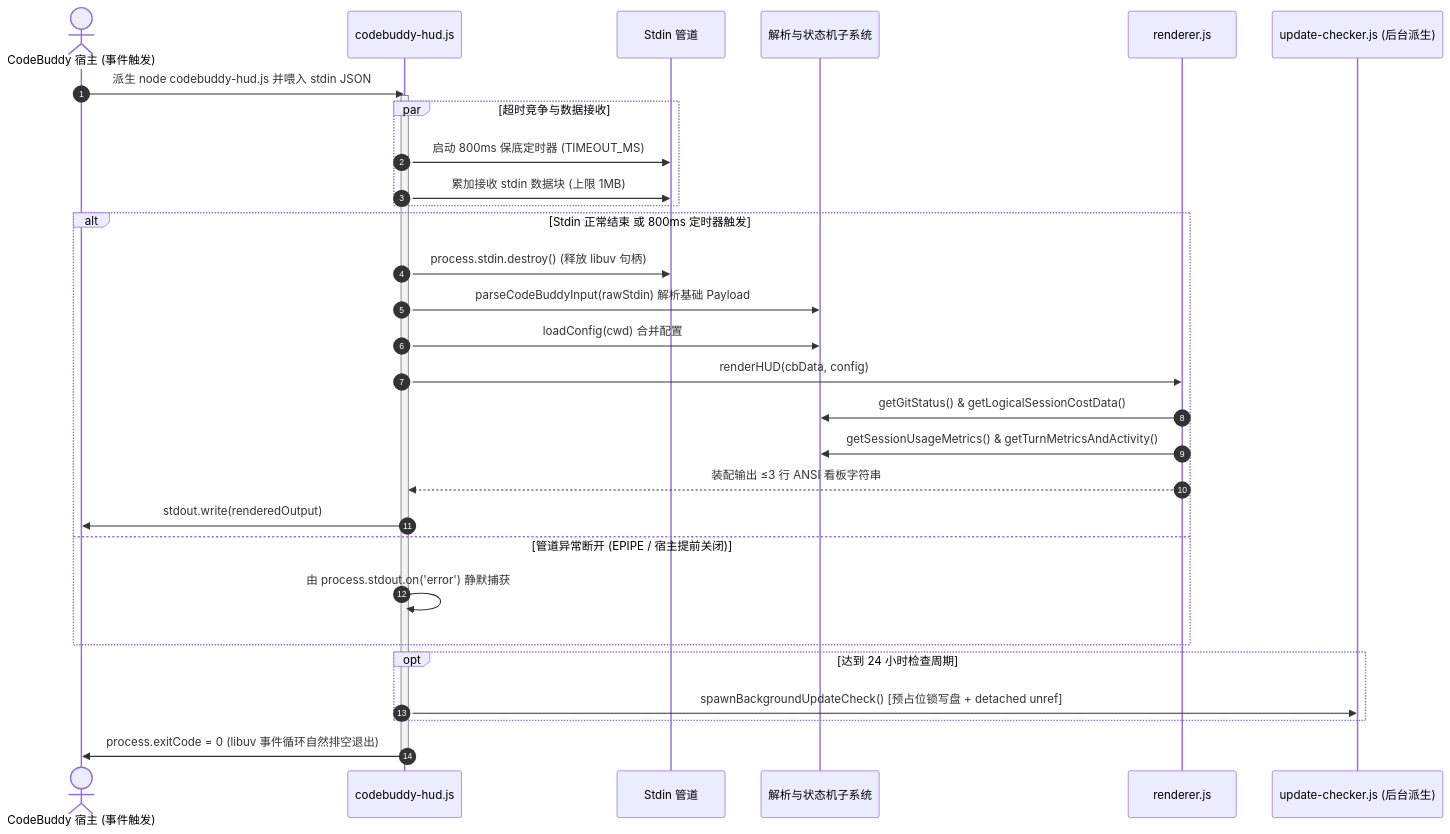
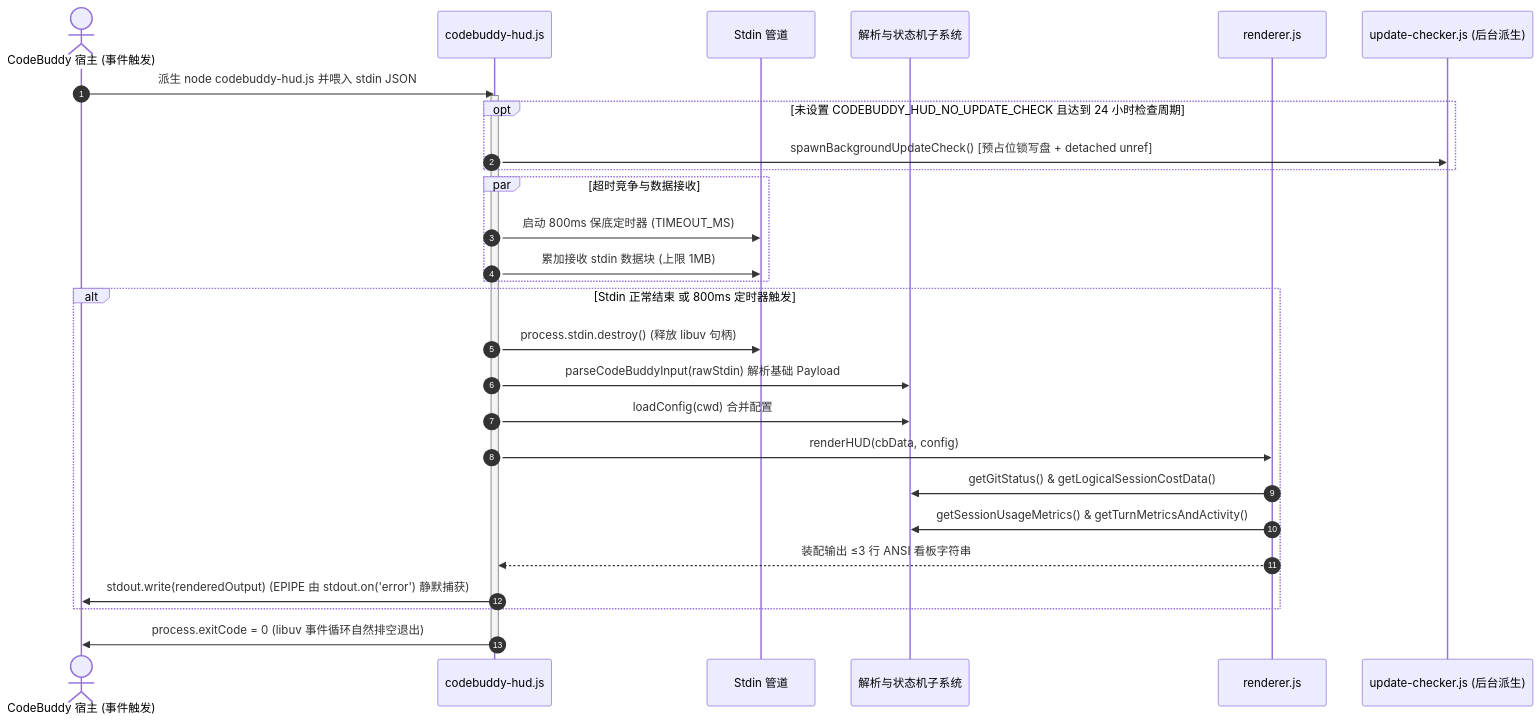
Before and after one commit to XisFool/codebuddy-hud: the second of 2 diagrams in docs/architecture_zh.md, drawn with Mermaid. The commit also changed other lines of this file and 8 other files, not shown here.

````diff
--- a/docs/architecture_zh.md
+++ b/docs/architecture_zh.md
@@ -95,38 +95,36 @@
 ```mermaid
 sequenceDiagram
     autonumber
     actor Host as CodeBuddy 宿主 (事件触发)
     participant Entry as codebuddy-hud.js
     participant Stdin as Stdin 管道
     participant Engine as 解析与状态机子系统
     participant Renderer as renderer.js
     participant Background as update-checker.js (后台派生)
 
     Host->>Entry: 派生 node codebuddy-hud.js 并喂入 stdin JSON
     activate Entry
     
+    opt 未设置 CODEBUDDY_HUD_NO_UPDATE_CHECK 且达到 24 小时检查周期
+        Entry->>Background: spawnBackgroundUpdateCheck() [预占位锁写盘 + detached unref]
+    end
+
     par 超时竞争与数据接收
         Entry->>Stdin: 启动 800ms 保底定时器 (TIMEOUT_MS)
         Entry->>Stdin: 累加接收 stdin 数据块 (上限 1MB)
     end
 
     alt Stdin 正常结束 或 800ms 定时器触发
         Entry->>Stdin: process.stdin.destroy() (释放 libuv 句柄)
         Entry->>Engine: parseCodeBuddyInput(rawStdin) 解析基础 Payload
         Entry->>Engine: loadConfig(cwd) 合并配置
         Entry->>Renderer: renderHUD(cbData, config)
         Renderer->>Engine: getGitStatus() & getLogicalSessionCostData()
         Renderer->>Engine: getSessionUsageMetrics() & getTurnMetricsAndActivity()
         Renderer-->>Entry: 装配输出 ≤3 行 ANSI 看板字符串
-        Entry->>Host: stdout.write(renderedOutput)
-    else 管道异常断开 (EPIPE / 宿主提前关闭)
-        Entry->>Entry: 由 process.stdout.on('error') 静默捕获
-    end
-
-    opt 达到 24 小时检查周期
-        Entry->>Background: spawnBackgroundUpdateCheck() [预占位锁写盘 + detached unref]
+        Entry->>Host: stdout.write(renderedOutput) (EPIPE 由 stdout.on('error') 静默捕获)
     end
 
     Entry->>Host: process.exitCode = 0 (libuv 事件循环自然排空退出)
     deactivate Entry
 ```
````
